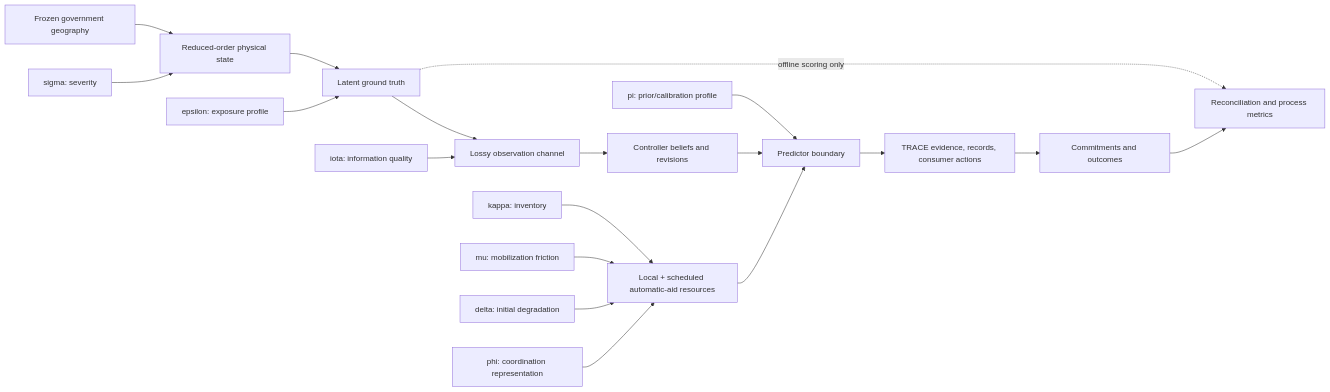
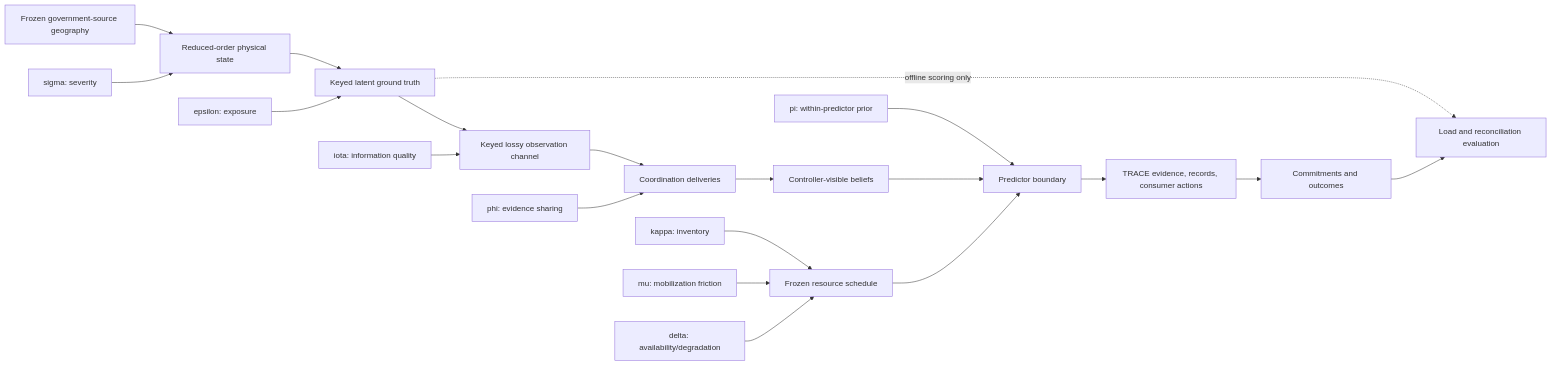
One commit to eyuchang/trace-worldmodel-flood-sar changed the diagram in docs/delta/WF_DFLD_01_SMALL.md. Above: the diagram before and after it, drawn with Mermaid. The commit also changed other lines of this file and 6 other files, not shown here.

````diff
--- a/docs/delta/WF_DFLD_01_SMALL.md
+++ b/docs/delta/WF_DFLD_01_SMALL.md
@@ -42,21 +47,22 @@
 ```mermaid
 flowchart LR
-    G["Frozen government geography"] --> P["Reduced-order physical state"]
+    G["Frozen government-source geography"] --> P["Reduced-order physical state"]
     S["sigma: severity"] --> P
-    P --> T["Latent ground truth"]
-    E["epsilon: exposure profile"] --> T
-    T --> O["Lossy observation channel"]
+    P --> T["Keyed latent ground truth"]
+    E["epsilon: exposure"] --> T
+    T --> O["Keyed lossy observation channel"]
     I["iota: information quality"] --> O
-    O --> B["Controller beliefs and revisions"]
-    K["kappa: inventory"] --> R["Local + scheduled automatic-aid resources"]
+    O --> CO["Coordination deliveries"]
+    F["phi: evidence sharing"] --> CO
+    CO --> B["Controller-visible beliefs"]
+    K["kappa: inventory"] --> R["Frozen resource schedule"]
     M["mu: mobilization friction"] --> R
-    D["delta: initial degradation"] --> R
-    F["phi: coordination representation"] --> R
-    PI["pi: prior/calibration profile"] --> W["Predictor boundary"]
+    D["delta: availability/degradation"] --> R
+    PI["pi: within-predictor prior"] --> W["Predictor boundary"]
     B --> W
     R --> W
     W --> TR["TRACE evidence, records, consumer actions"]
     TR --> C["Commitments and outcomes"]
-    T -. "offline scoring only" .-> Q["Reconciliation and process metrics"]
+    T -. "offline scoring only" .-> Q["Load and reconciliation evaluation"]
     C --> Q
 ```
````
